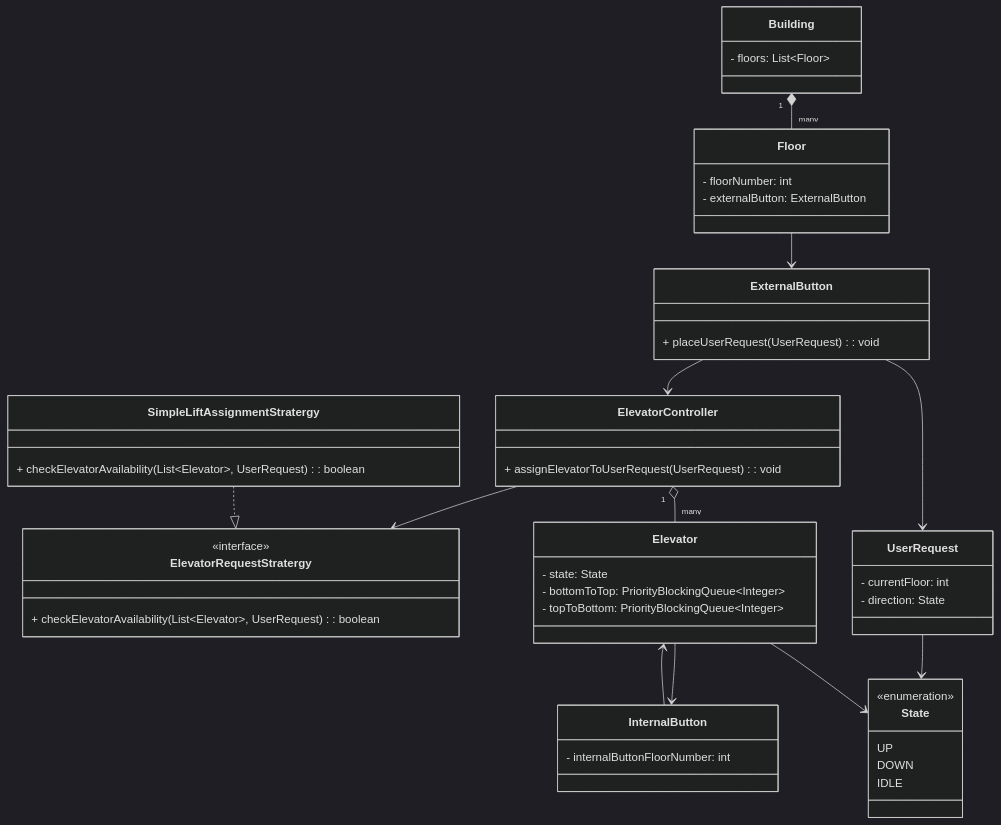
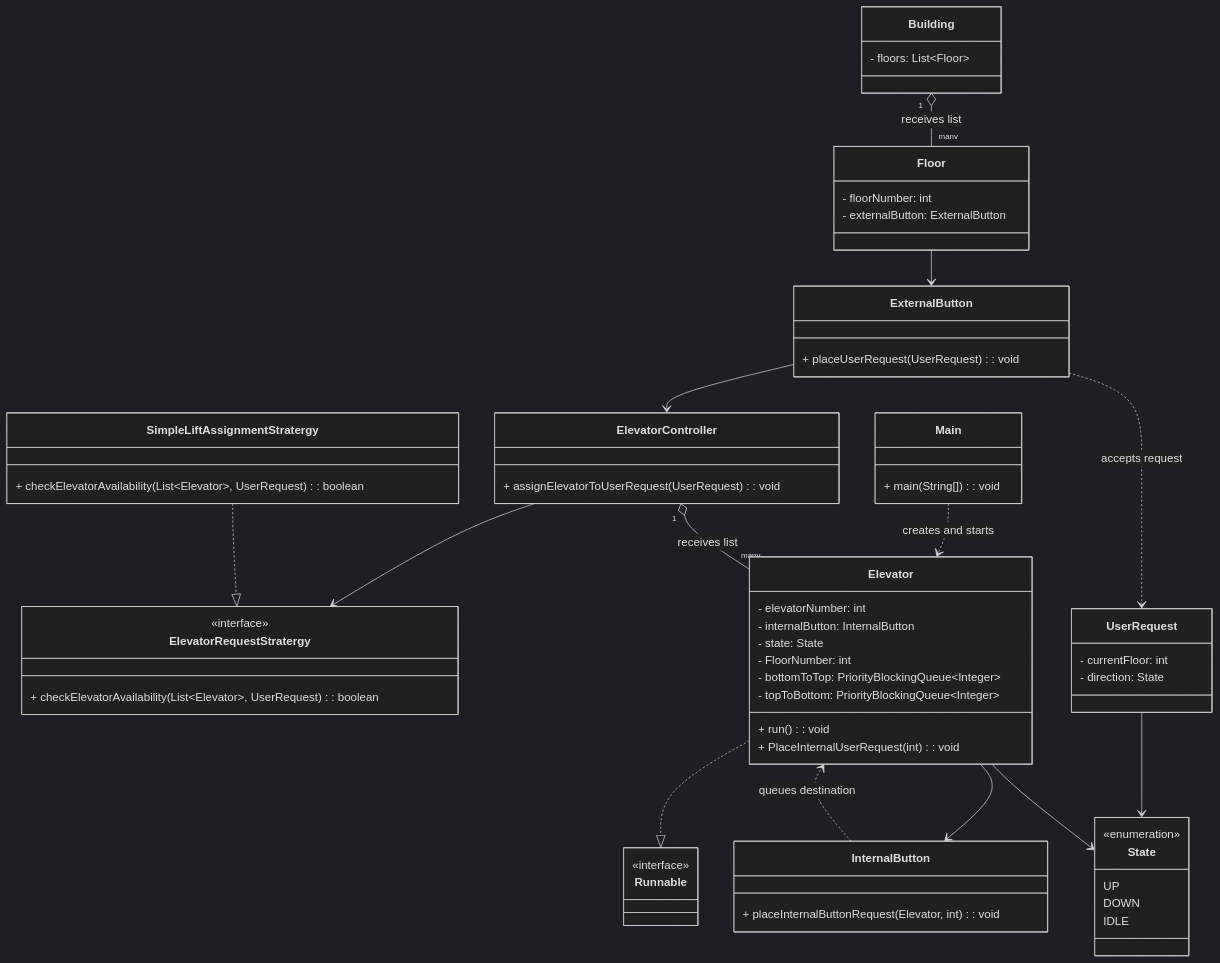
One commit to Software-Engineering-Organization/ElevatorLLDDesign changed the first of 4 diagrams in ARCHITECTURE.md. Above: the diagram before and after it, drawn with Mermaid (dark theme). The commit also changed other lines of this file, not shown here.

Commit message:
Updated the Architecture MD file

````diff
--- a/ARCHITECTURE.md
+++ b/ARCHITECTURE.md
@@ -147,62 +150,77 @@
 ```mermaid
 classDiagram
     class ElevatorController {
         + assignElevatorToUserRequest(UserRequest): void
+    }
+
+    class Main {
+        + main(String[]): void
     }
 
     class ElevatorRequestStratergy {
         <<interface>>
         + checkElevatorAvailability(List~Elevator~, UserRequest): boolean
     }
 
     class SimpleLiftAssignmentStratergy {
         + checkElevatorAvailability(List~Elevator~, UserRequest): boolean
     }
 
     class Building {
         - floors: List~Floor~
     }
 
     class Floor {
         - floorNumber: int
         - externalButton: ExternalButton
     }
 
     class ExternalButton {
         + placeUserRequest(UserRequest): void
     }
 
     class UserRequest {
         - currentFloor: int
         - direction: State
     }
 
     class Elevator {
+        + run(): void
+        + PlaceInternalUserRequest(int): void
+        - elevatorNumber: int
+        - internalButton: InternalButton
         - state: State
+        - FloorNumber: int
         - bottomToTop: PriorityBlockingQueue~Integer~
         - topToBottom: PriorityBlockingQueue~Integer~
     }
 
     class InternalButton {
-        - internalButtonFloorNumber: int
+        + placeInternalButtonRequest(Elevator, int): void
+    }
+
+    class Runnable {
+        <<interface>>
     }
 
     class State {
         <<enumeration>>
         UP
         DOWN
         IDLE
     }
 
     ElevatorController --> ElevatorRequestStratergy
     SimpleLiftAssignmentStratergy ..|> ElevatorRequestStratergy
-    ElevatorController "1" o-- "many" Elevator
-    Building "1" *-- "many" Floor
+    Main ..> Elevator : creates and starts
+    Elevator ..|> Runnable
+    ElevatorController "1" o-- "many" Elevator : receives list
+    Building "1" o-- "many" Floor : receives list
     Floor --> ExternalButton
     ExternalButton --> ElevatorController
-    ExternalButton --> UserRequest
+    ExternalButton ..> UserRequest : accepts request
     UserRequest --> State
     Elevator --> State
     Elevator --> InternalButton
-    InternalButton --> Elevator
+    InternalButton ..> Elevator : queues destination
 ```
````
